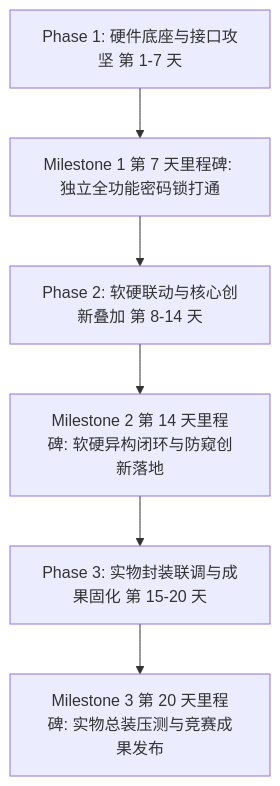
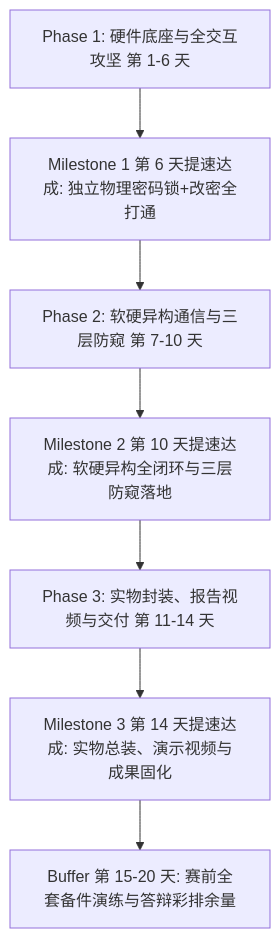
Before and after one commit to no-more-human/FPGA-AntiPeep-CipherLock: the second of 3 diagrams in plan.md, drawn with Mermaid. The commit also changed other lines of this file and 17 other files, not shown here.

````diff
--- a/plan.md
+++ b/plan.md
@@ -66,12 +145,14 @@
 ```mermaid
 flowchart TD
-    M1["Milestone 1 第 7 天里程碑: 独立全功能密码锁打通"]
-    M2["Milestone 2 第 14 天里程碑: 软硬异构闭环与防窥创新落地"]
-    M3["Milestone 3 第 20 天里程碑: 实物总装压测与竞赛成果发布"]
+    M1["Milestone 1 第 6 天提速达成: 独立物理密码锁+改密全打通"]
+    M2["Milestone 2 第 10 天提速达成: 软硬异构全闭环与三层防窥落地"]
+    M3["Milestone 3 第 14 天提速达成: 实物总装、演示视频与成果固化"]
+    M4["Buffer 第 15-20 天: 赛前全套备件演练与答辩彩排余量"]
 
-    P1["Phase 1: 硬件底座与接口攻坚 第 1-7 天"] --> M1
-    M1 --> P2["Phase 2: 软硬联动与核心创新叠加 第 8-14 天"]
+    P1["Phase 1: 硬件底座与全交互攻坚 第 1-6 天"] --> M1
+    M1 --> P2["Phase 2: 软硬异构通信与三层防窥 第 7-10 天"]
     P2 --> M2
-    M2 --> P3["Phase 3: 实物封装联调与成果固化 第 15-20 天"]
+    M2 --> P3["Phase 3: 实物封装、报告视频与交付 第 11-14 天"]
     P3 --> M3
+    M3 --> M4
 ```
````
